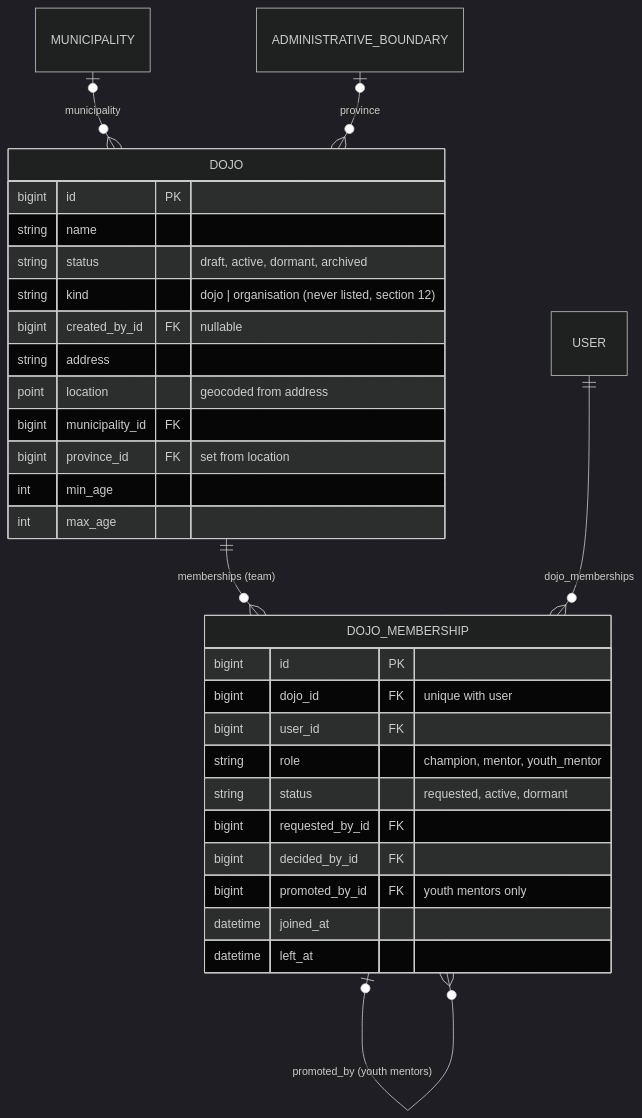
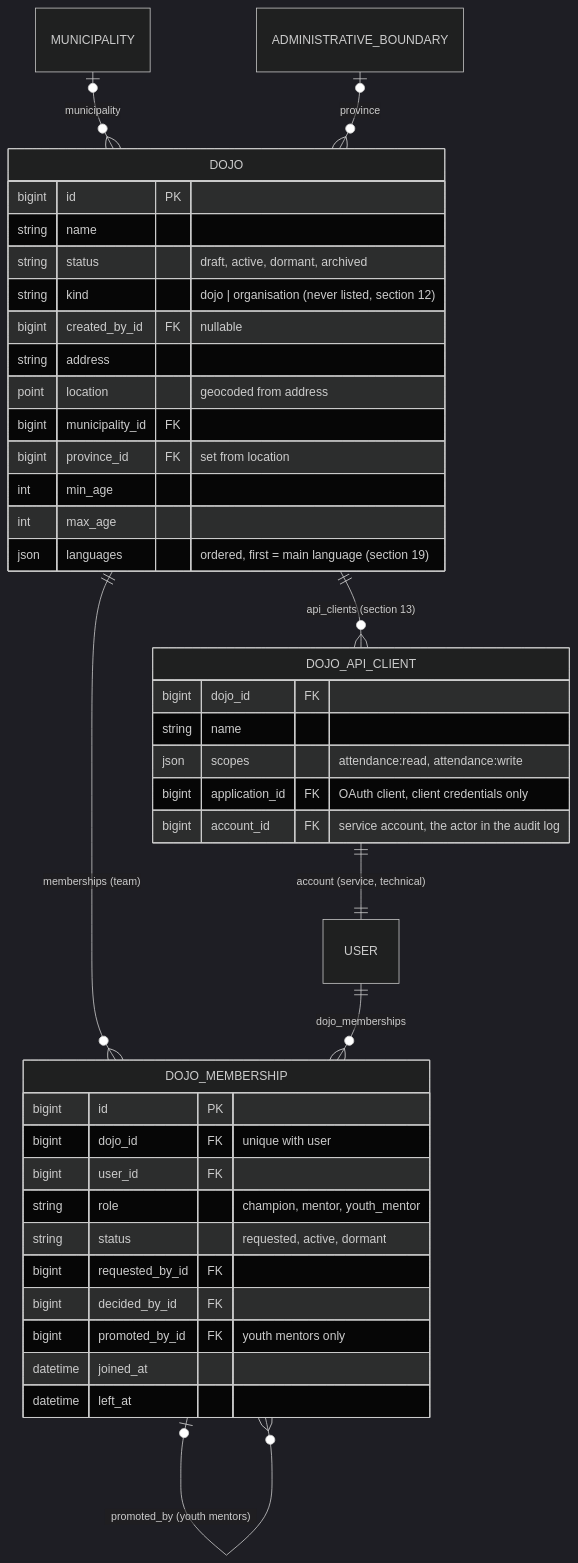
The third of 32 diagrams in DATA_MODEL.md (DoublG/coderdojo-event-registration), drawn with Mermaid (dark theme) before and after one commit. The commit also changed other lines of this file and 1 other file, not shown here.

First line of the commit message:
DATA_MODEL.md: diagrams caught up with the code

````diff
--- a/DATA_MODEL.md
+++ b/DATA_MODEL.md
@@ -212,34 +218,44 @@
 ```mermaid
 erDiagram
     DOJO ||--o{ DOJO_MEMBERSHIP : "memberships (team)"
     USER ||--o{ DOJO_MEMBERSHIP : "dojo_memberships"
     DOJO_MEMBERSHIP |o--o{ DOJO_MEMBERSHIP : "promoted_by (youth mentors)"
     MUNICIPALITY |o--o{ DOJO : "municipality"
     ADMINISTRATIVE_BOUNDARY |o--o{ DOJO : "province"
+    DOJO ||--o{ DOJO_API_CLIENT : "api_clients (section 13)"
+    DOJO_API_CLIENT ||--|| USER : "account (service, technical)"
 
     DOJO {
         bigint id PK
         string name
         string status "draft, active, dormant, archived"
         string kind "dojo | organisation (never listed, section 12)"
         bigint created_by_id FK "nullable"
         string address
         point location "geocoded from address"
         bigint municipality_id FK
         bigint province_id FK "set from location"
         int min_age
         int max_age
+        json languages "ordered, first = main language (section 19)"
     }
     DOJO_MEMBERSHIP {
         bigint id PK
         bigint dojo_id FK "unique with user"
         bigint user_id FK
         string role "champion, mentor, youth_mentor"
         string status "requested, active, dormant"
         bigint requested_by_id FK
         bigint decided_by_id FK
         bigint promoted_by_id FK "youth mentors only"
         datetime joined_at
         datetime left_at
     }
+    DOJO_API_CLIENT {
+        bigint dojo_id FK
+        string name
+        json scopes "attendance:read, attendance:write"
+        bigint application_id FK "OAuth client, client credentials only"
+        bigint account_id FK "service account, the actor in the audit log"
+    }
 ```
````
